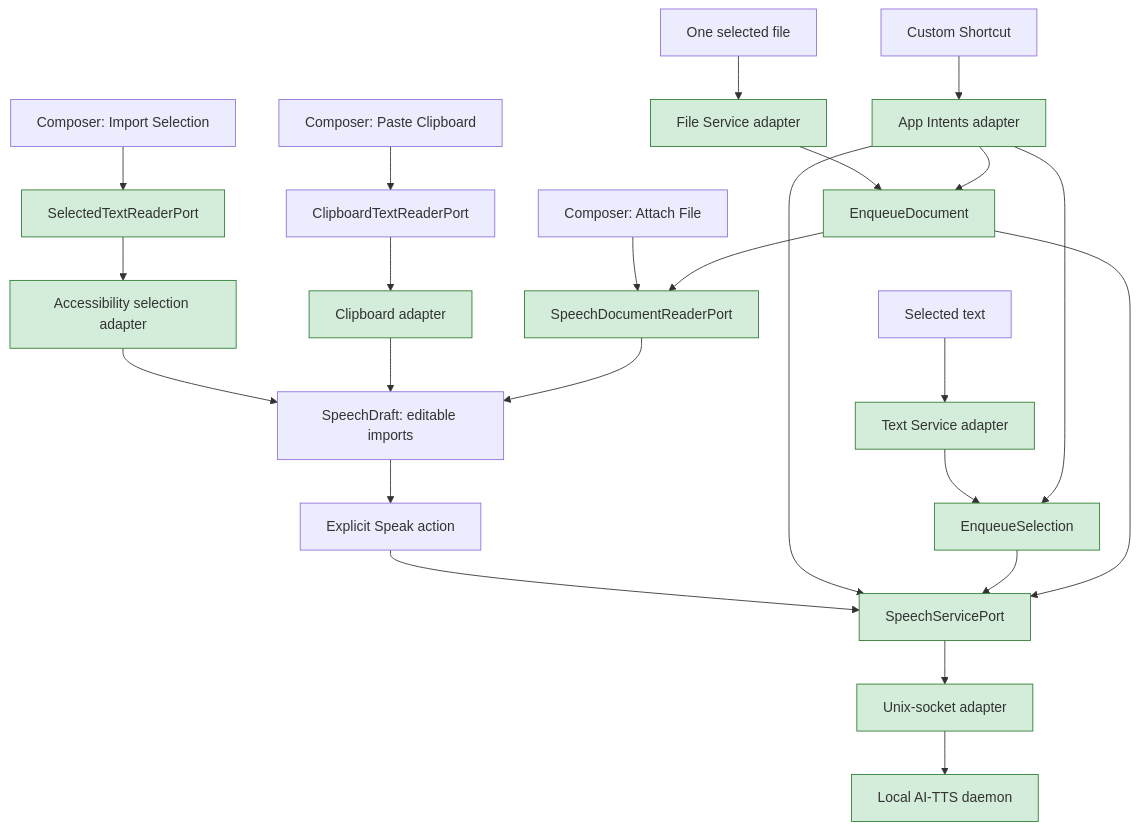
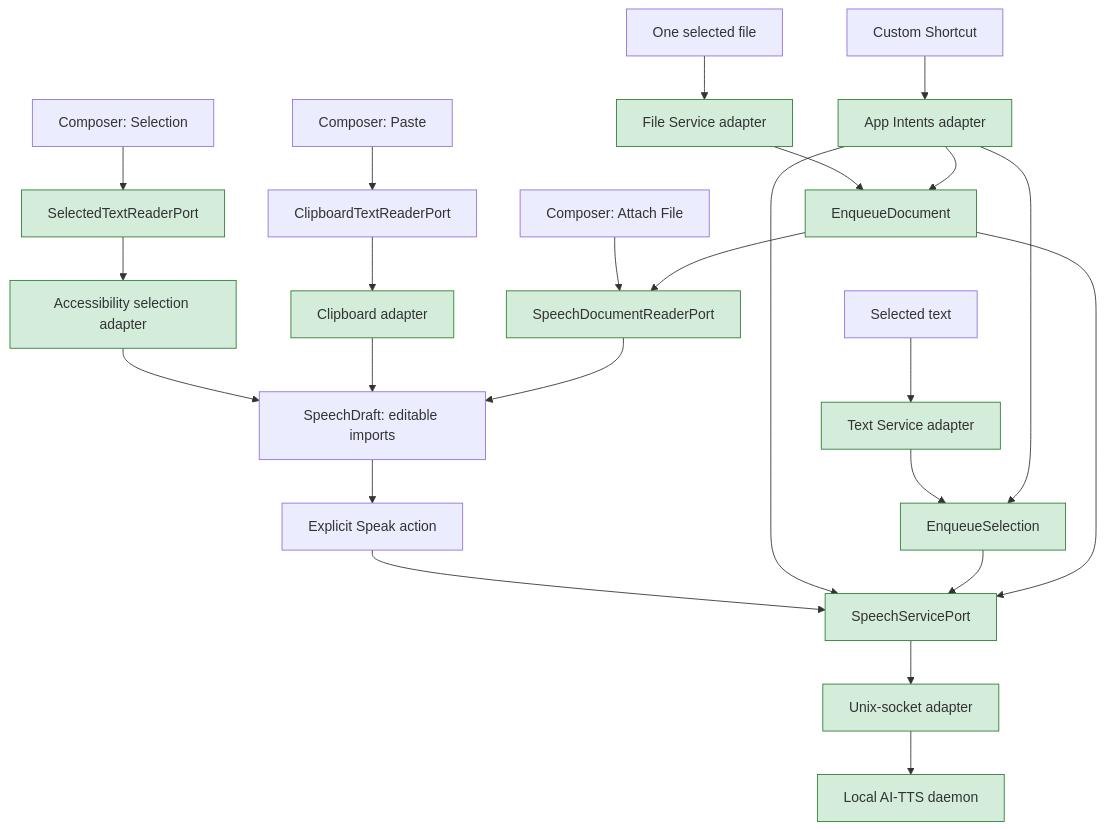
One commit to flyingrobots/AI-TTS changed the diagram in docs/design/os-integration.md. Above: the diagram before and after it, drawn with Mermaid. The commit also changed other lines of this file and 4 other files, not shown here.

````diff
--- a/docs/design/os-integration.md
+++ b/docs/design/os-integration.md
@@ -121,46 +120,46 @@
 ```mermaid
 flowchart TD
     TEXT["Selected text"] --> TEXTSERVICE["Text Service adapter"]
-    MENU["Composer: Import Selection"]
+    MENU["Composer: Selection"]
     AX["Accessibility selection adapter"]
-    CLIPBOARD["Composer: Paste Clipboard"]
+    CLIPBOARD["Composer: Paste"]
     CLIPBOARDADAPTER["Clipboard adapter"]
     FILE["One selected file"] --> FILESERVICE["File Service adapter"]
     AUTOMATION["Custom Shortcut"] --> INTENTS["App Intents adapter"]
 
     TEXTSERVICE --> SELECTION["EnqueueSelection"]
     MENU --> SELECTEDPORT["SelectedTextReaderPort"]
     SELECTEDPORT --> AX
     AX --> DRAFT["SpeechDraft: editable imports"]
     CLIPBOARD --> CLIPPORT["ClipboardTextReaderPort"]
     CLIPPORT --> CLIPBOARDADAPTER
     CLIPBOARDADAPTER --> DRAFT
     ATTACH["Composer: Attach File"] --> READER
     READER --> DRAFT
     DRAFT --> SUBMIT["Explicit Speak action"]
     SUBMIT --> SPEECH
     FILESERVICE --> DOCUMENT["EnqueueDocument"]
     DOCUMENT --> READER["SpeechDocumentReaderPort"]
     INTENTS --> SELECTION
     INTENTS --> DOCUMENT
     INTENTS --> SPEECH
 
     SELECTION --> SPEECH["SpeechServicePort"]
     DOCUMENT --> SPEECH
     SPEECH --> SOCKET["Unix-socket adapter"]
     SOCKET --> DAEMON["Local AI-TTS daemon"]
 
     style DOCUMENT fill:#d4edda,stroke:#2e7d32
     style READER fill:#d4edda,stroke:#2e7d32
     style SPEECH fill:#d4edda,stroke:#2e7d32
     style SOCKET fill:#d4edda,stroke:#2e7d32
     style DAEMON fill:#d4edda,stroke:#2e7d32
     style TEXTSERVICE fill:#d4edda,stroke:#2e7d32
     style AX fill:#d4edda,stroke:#2e7d32
     style CLIPBOARDADAPTER fill:#d4edda,stroke:#2e7d32
     style FILESERVICE fill:#d4edda,stroke:#2e7d32
     style SELECTION fill:#d4edda,stroke:#2e7d32
     style SELECTEDPORT fill:#d4edda,stroke:#2e7d32
 
     style INTENTS fill:#d4edda,stroke:#2e7d32
 ```
````
